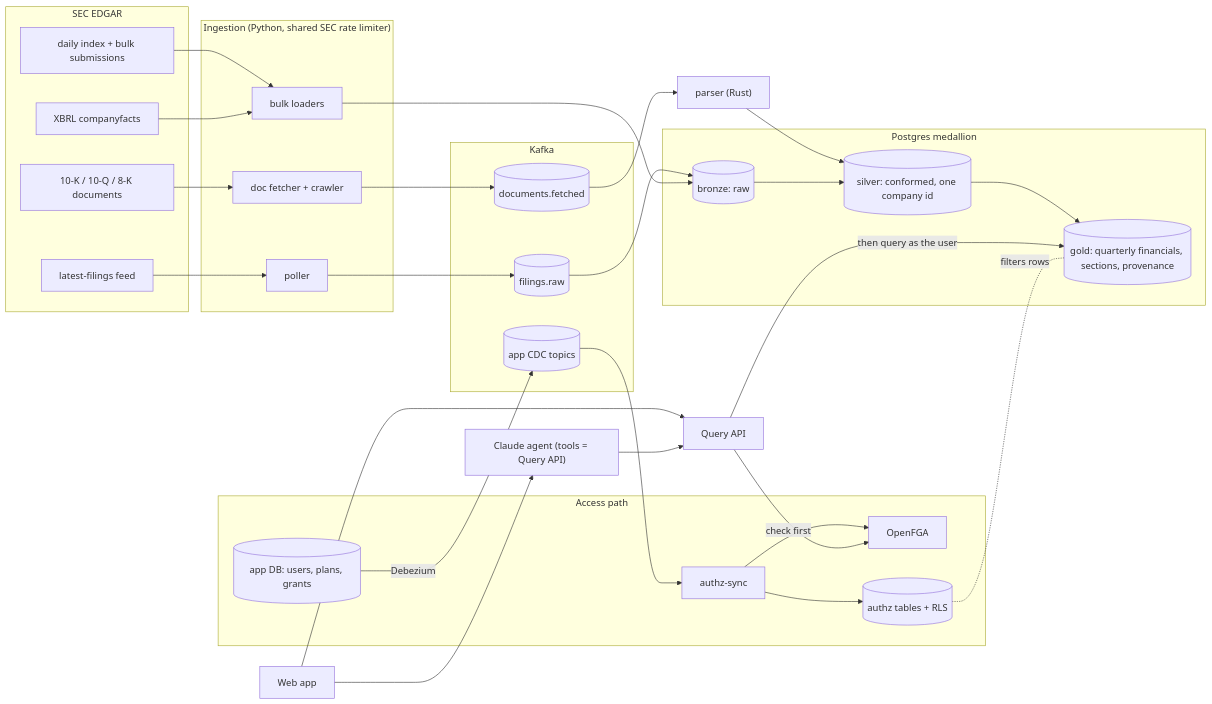
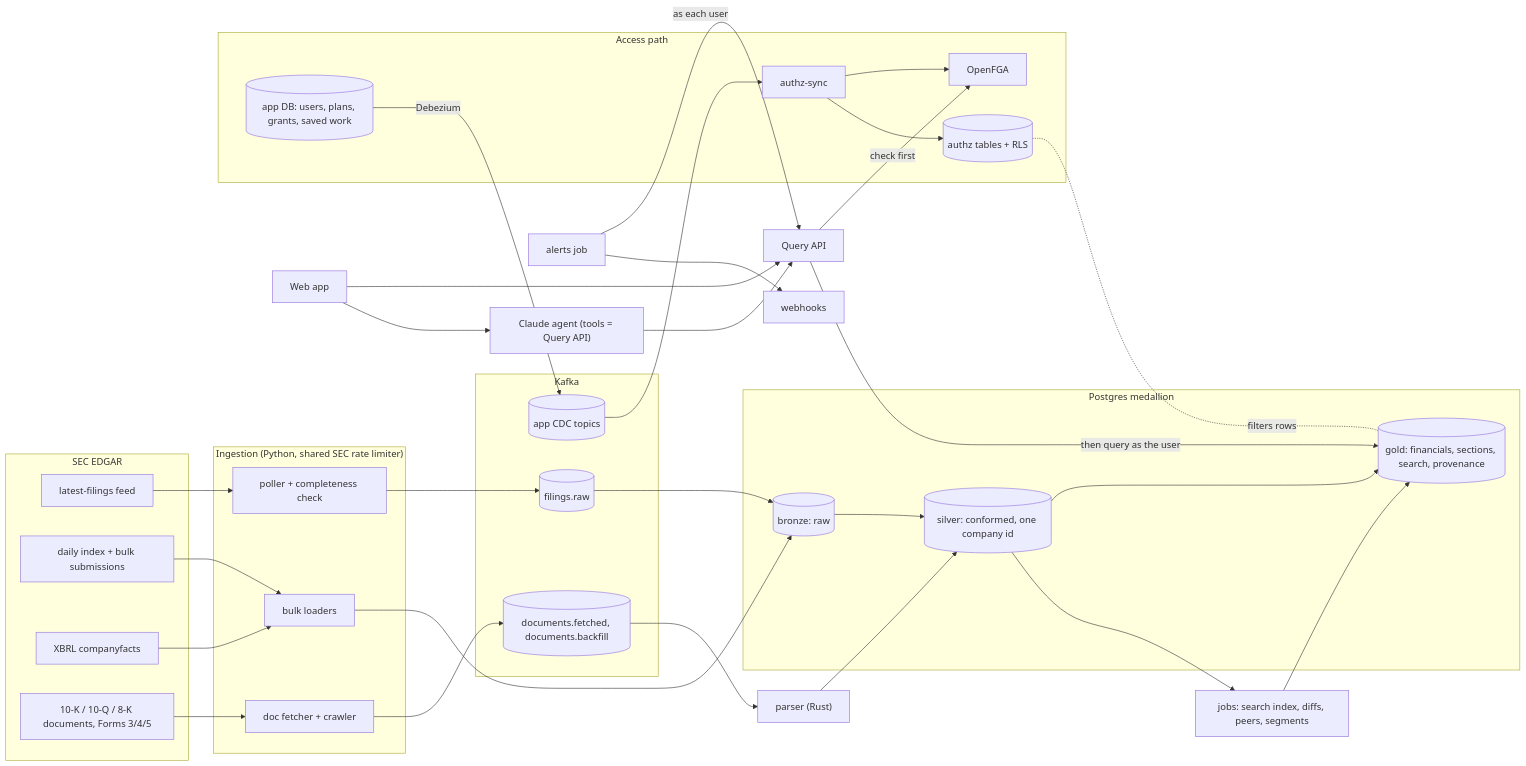
One commit to LucasGroves0102/tributary changed the diagram in README.md. Above: the diagram before and after it, drawn with Mermaid. The commit also changed other lines of this file, not shown here.

First line of the commit message:
README: the research platform as shipped, re-measured headline numbers, architecture with the new jobs

````diff
--- a/README.md
+++ b/README.md
@@ -24,47 +111,53 @@
 ```mermaid
 flowchart LR
   subgraph SEC["SEC EDGAR"]
     feed[latest-filings feed]
     idx[daily index + bulk submissions]
     xbrl[XBRL companyfacts]
-    docs[10-K / 10-Q / 8-K documents]
+    docs[10-K / 10-Q / 8-K documents, Forms 3/4/5]
   end
   subgraph ingest["Ingestion (Python, shared SEC rate limiter)"]
-    poller[poller]
+    poller[poller + completeness check]
     loaders[bulk loaders]
     fetcher[doc fetcher + crawler]
   end
   subgraph kafka["Kafka"]
     raw[(filings.raw)]
-    fetched[(documents.fetched)]
+    fetched[(documents.fetched, documents.backfill)]
     cdc[(app CDC topics)]
   end
   parser["parser (Rust)"]
+  jobs["jobs: search index, diffs, peers, segments"]
   subgraph pg["Postgres medallion"]
     bronze[(bronze: raw)]
     silver[(silver: conformed, one company id)]
-    gold[(gold: quarterly financials, sections, provenance)]
+    gold[(gold: financials, sections, search, provenance)]
   end
   subgraph access["Access path"]
-    appdb[(app DB: users, plans, grants)]
+    appdb[(app DB: users, plans, grants, saved work)]
     sync[authz-sync]
     fga[OpenFGA]
     rls[(authz tables + RLS)]
   end
   api[Query API]
+  alerts[alerts job]
+  hooks[webhooks]
   agent["Claude agent (tools = Query API)"]
   web[Web app]
 
   feed --> poller --> raw --> bronze
   idx --> loaders --> bronze
   xbrl --> loaders
   docs --> fetcher --> fetched --> parser --> silver
   bronze --> silver --> gold
+  silver --> jobs --> gold
   appdb -- Debezium --> cdc --> sync --> fga
   sync --> rls
   web --> api
   web --> agent --> api
   api -- check first --> fga
   api -- then query as the user --> gold
   rls -. filters rows .- gold
+  alerts -- as each user --> api
+  alerts --> hooks
 ```
````
